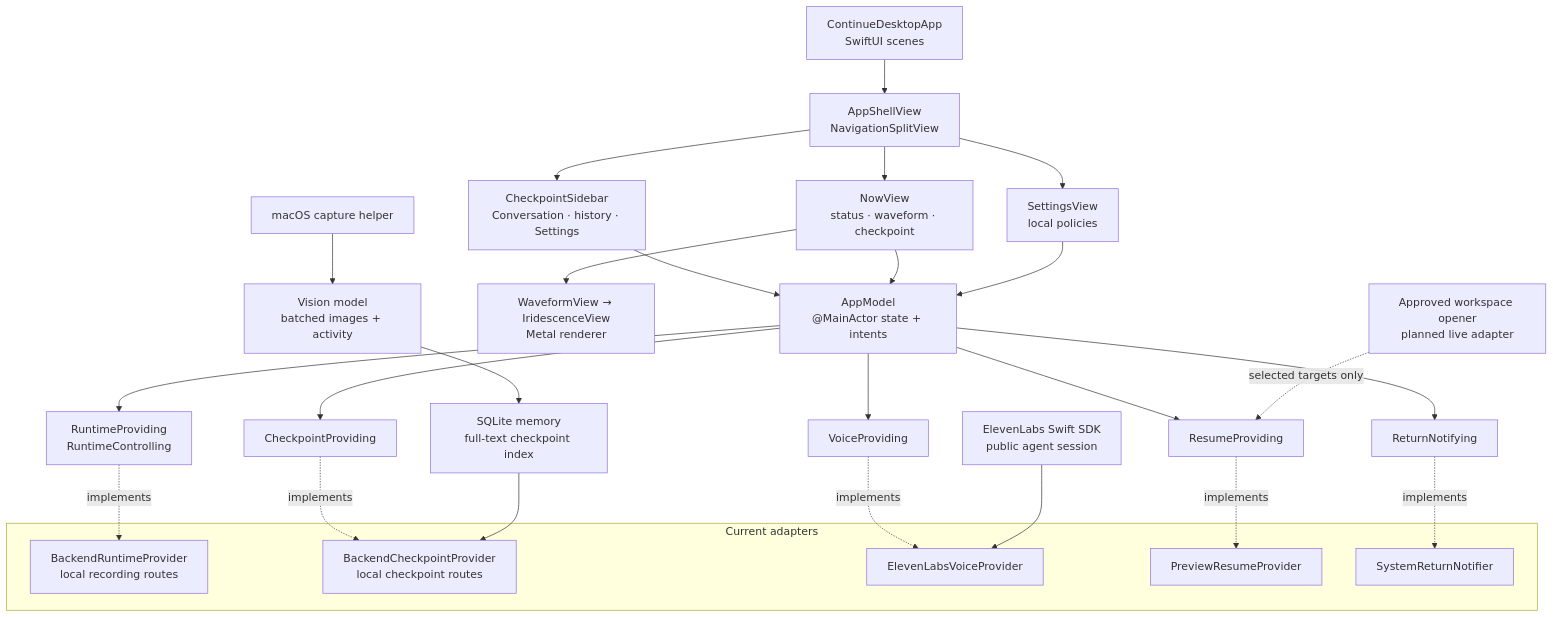
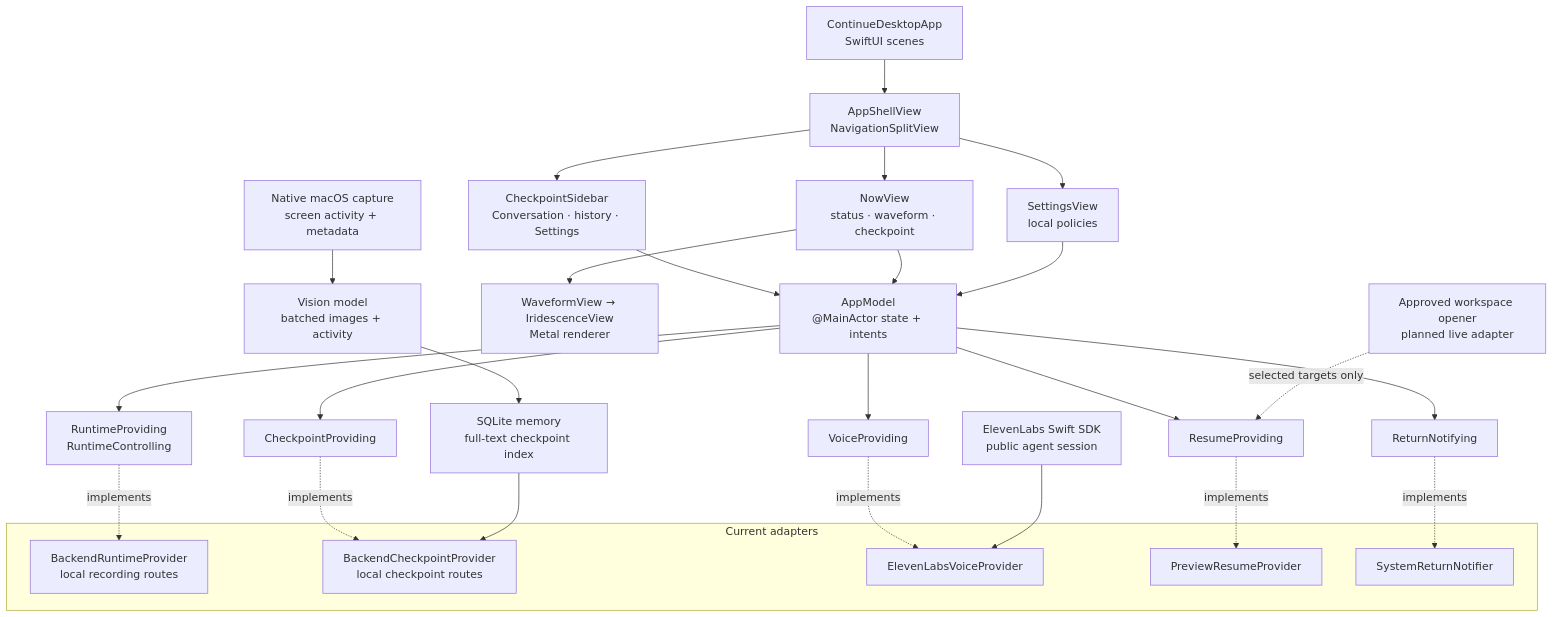
One commit to Johnnti/continue.ai changed the diagram in README.md. Above: the diagram before and after it, drawn with Mermaid. The commit also changed other lines of this file, not shown here.

Commit message:
Update README: remove Screenpipe references, use native macOS capture

````diff
--- a/README.md
+++ b/README.md
@@ -103,38 +103,38 @@
 ```mermaid
 flowchart TD
     App["ContinueDesktopApp<br/>SwiftUI scenes"] --> Shell["AppShellView<br/>NavigationSplitView"]
     Shell --> Sidebar["CheckpointSidebar<br/>Conversation · history · Settings"]
     Shell --> Now["NowView<br/>status · waveform · checkpoint"]
     Shell --> Settings["SettingsView<br/>local policies"]
 
     Sidebar --> Model["AppModel<br/>@MainActor state + intents"]
     Now --> Model
     Settings --> Model
     Now --> Orb["WaveformView → IridescenceView<br/>Metal renderer"]
 
     Model --> Runtime["RuntimeProviding<br/>RuntimeControlling"]
     Model --> Checkpoints["CheckpointProviding"]
     Model --> Voice["VoiceProviding"]
     Model --> Resume["ResumeProviding"]
     Model --> Notify["ReturnNotifying"]
 
     subgraph Adapters["Current adapters"]
         BackendRuntime["BackendRuntimeProvider<br/>local recording routes"]
         BackendCheckpoints["BackendCheckpointProvider<br/>local checkpoint routes"]
         ElevenLabsVoice["ElevenLabsVoiceProvider"]
         PreviewResume["PreviewResumeProvider"]
         SystemNotify["SystemReturnNotifier"]
     end
 
     Runtime -. implements .-> BackendRuntime
     Checkpoints -. implements .-> BackendCheckpoints
     Voice -. implements .-> ElevenLabsVoice
     Resume -. implements .-> PreviewResume
     Notify -. implements .-> SystemNotify
 
-    Capture["macOS capture helper"] --> Context["Vision model<br/>batched images + activity"]
+    Capture["Native macOS capture<br/>screen activity + metadata"] --> Context["Vision model<br/>batched images + activity"]
     Context --> Store["SQLite memory<br/>full-text checkpoint index"]
     Store --> BackendCheckpoints
     VoiceSDK["ElevenLabs Swift SDK<br/>public agent session"] --> ElevenLabsVoice
     Workspace["Approved workspace opener<br/>planned live adapter"] -. selected targets only .-> Resume
 ```
````
